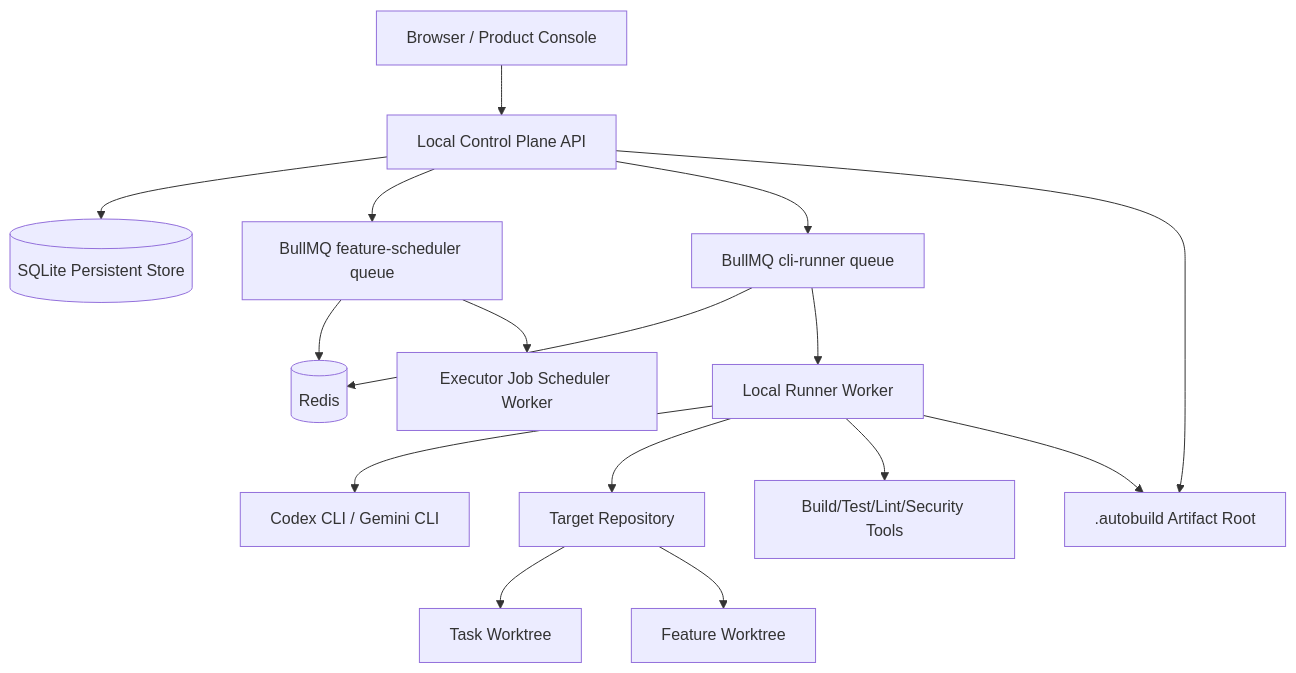
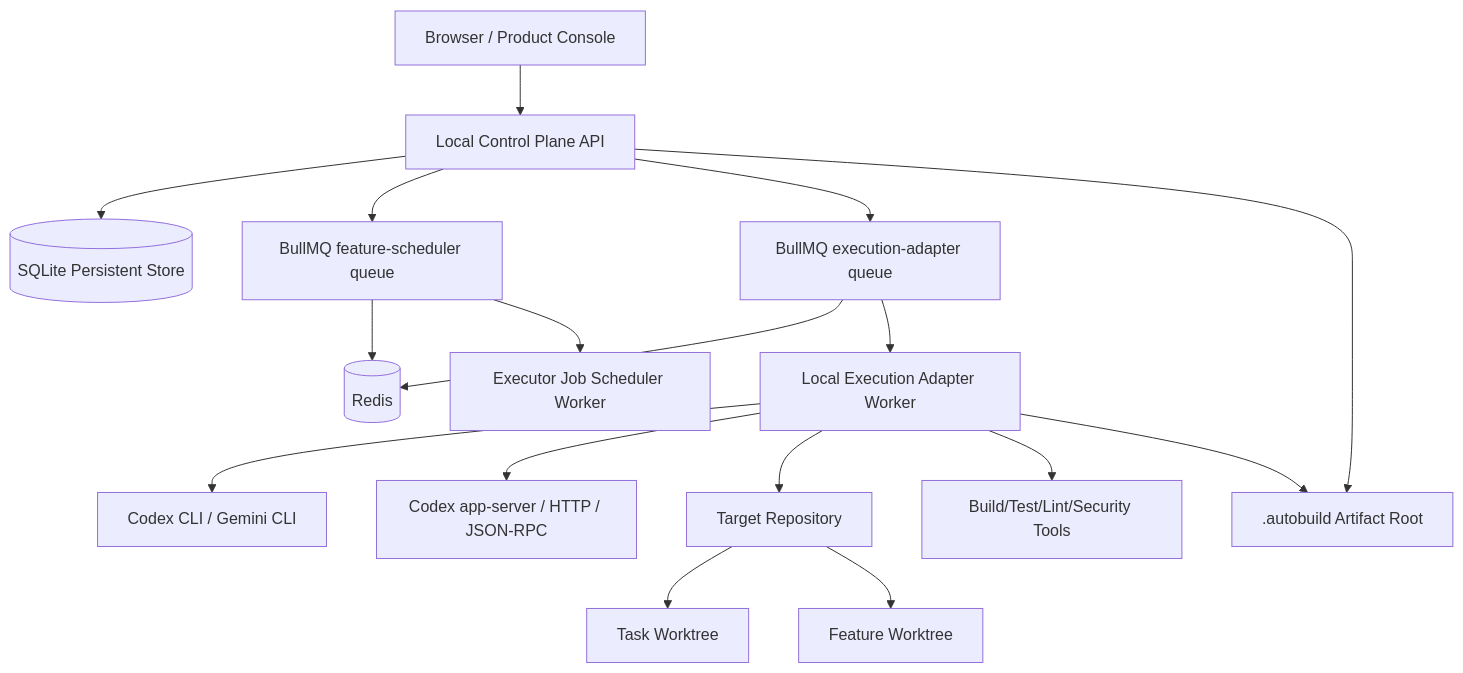
Before and after one commit to songcojp/Spec-Driven-Autonomous-Coding-System: the sixth of 6 diagrams in docs/zh-CN/hld.md, drawn with Mermaid. The commit also changed other lines of this file and 7 other files, not shown here.

Commit message:
docs: redesign execution adapter layer

````diff
--- a/docs/zh-CN/hld.md
+++ b/docs/zh-CN/hld.md
@@ -718,18 +779,19 @@
 ```mermaid
 flowchart TB
   Browser[Browser / Product Console] --> API[Local Control Plane API]
   API --> DB[(SQLite Persistent Store)]
   API --> FeatureQueue[BullMQ feature-scheduler queue]
-  API --> CliQueue[BullMQ cli-runner queue]
+  API --> AdapterQueue[BullMQ execution-adapter queue]
   FeatureQueue --> Redis[(Redis)]
-  CliQueue --> Redis
+  AdapterQueue --> Redis
   API --> Files[.autobuild Artifact Root]
   FeatureQueue --> FeatureWorker[Executor Job Scheduler Worker]
-  CliQueue --> Runner[Local Runner Worker]
-  Runner --> CodingCLI[Codex CLI / Gemini CLI]
-  Runner --> Repo[Target Repository]
+  AdapterQueue --> ExecAdapter[Local Execution Adapter Worker]
+  ExecAdapter --> CodingCLI[Codex CLI / Gemini CLI]
+  ExecAdapter --> RpcProvider[Codex app-server / HTTP / JSON-RPC]
+  ExecAdapter --> Repo[Target Repository]
   Repo --> WT1[Task Worktree]
   Repo --> WT2[Feature Worktree]
-  Runner --> Tools[Build/Test/Lint/Security Tools]
-  Runner --> Files
+  ExecAdapter --> Tools[Build/Test/Lint/Security Tools]
+  ExecAdapter --> Files
 ```
````
